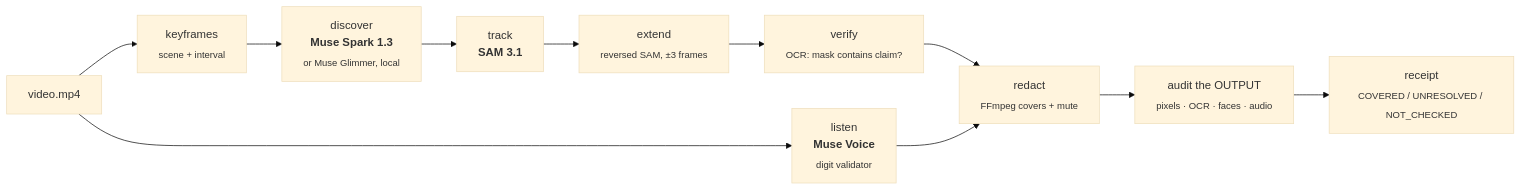
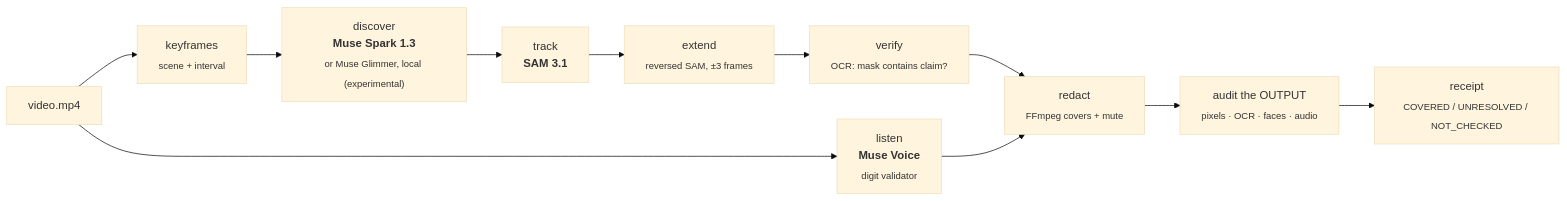
One commit to thecodekaizen/veil changed the diagram in README.md. Above: the diagram before and after it, drawn with Mermaid (base theme). The commit also changed other lines of this file and 2 other files, not shown here.

Commit message:
docs: README with three-repeat results and per-model ledger; live demo link; mark Glimmer path experimental; web: short stage labels on mobile

````diff
--- a/README.md
+++ b/README.md
@@ -124,13 +143,13 @@
 ```mermaid
 flowchart LR
     V[video.mp4] --> K[keyframes<br/><sub>scene + interval</sub>]
-    K --> D["discover<br/><b>Muse Spark 1.3</b><br/><sub>or Muse Glimmer, local</sub>"]
+    K --> D["discover<br/><b>Muse Spark 1.3</b><br/><sub>or Muse Glimmer, local (experimental)</sub>"]
     D --> T["track<br/><b>SAM 3.1</b>"]
     T --> E[extend<br/><sub>reversed SAM, ±3 frames</sub>]
     E --> X[verify<br/><sub>OCR: mask contains claim?</sub>]
     V --> L["listen<br/><b>Muse Voice</b><br/><sub>digit validator</sub>"]
     X --> R[redact<br/><sub>FFmpeg covers + mute</sub>]
     L --> R
     R --> A[audit the OUTPUT<br/><sub>pixels · OCR · faces · audio</sub>]
     A --> P[receipt<br/><sub>COVERED / UNRESOLVED / NOT_CHECKED</sub>]
 ```
````
